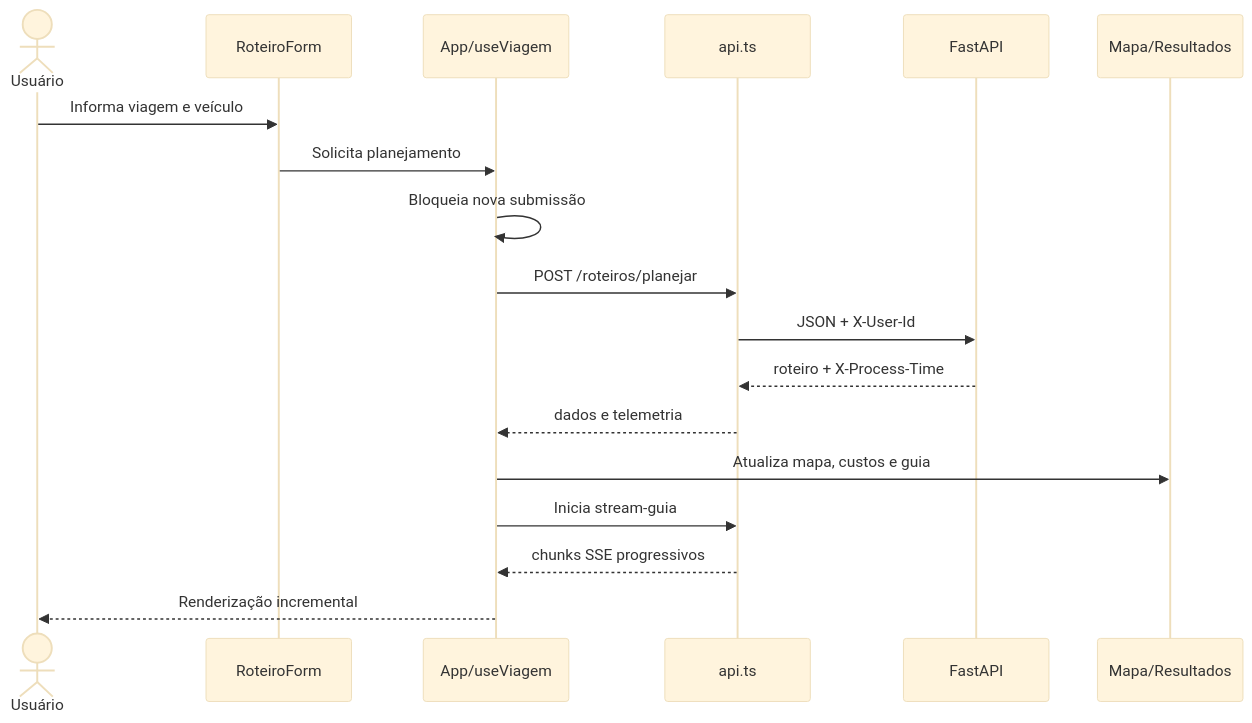
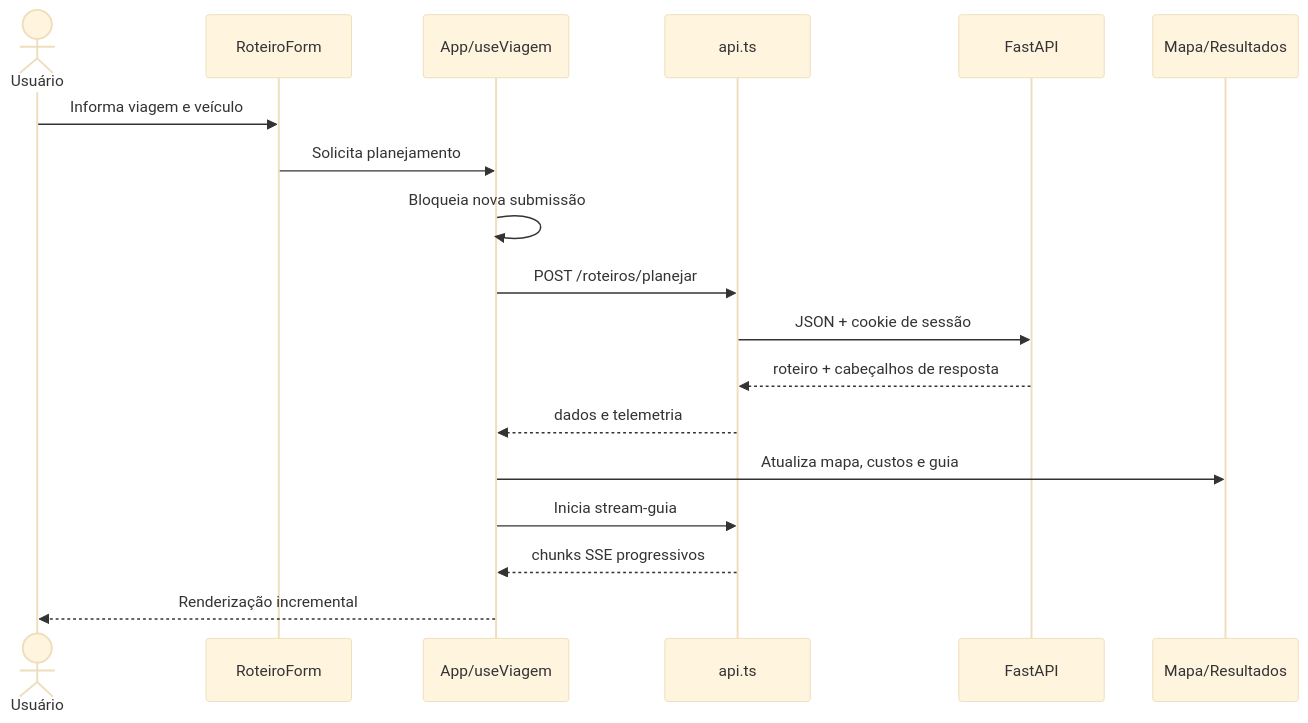
One commit to orbita83/guia-turista-inteligente-II changed the diagram in docs/arquitetura/frontend.md. Above: the diagram before and after it, drawn with Mermaid (base theme). The commit also changed other lines of this file and 24 other files, not shown here.

````diff
--- a/docs/arquitetura/frontend.md
+++ b/docs/arquitetura/frontend.md
@@ -75,21 +84,21 @@
 ```mermaid
 sequenceDiagram
     actor U as Usuário
     participant F as RoteiroForm
     participant A as App/useViagem
     participant C as api.ts
     participant B as FastAPI
     participant M as Mapa/Resultados
 
     U->>F: Informa viagem e veículo
     F->>A: Solicita planejamento
     A->>A: Bloqueia nova submissão
     A->>C: POST /roteiros/planejar
-    C->>B: JSON + X-User-Id
-    B-->>C: roteiro + X-Process-Time
+    C->>B: JSON + cookie de sessão
+    B-->>C: roteiro + cabeçalhos de resposta
     C-->>A: dados e telemetria
     A->>M: Atualiza mapa, custos e guia
     A->>C: Inicia stream-guia
     C-->>A: chunks SSE progressivos
     A-->>U: Renderização incremental
 ```
````
